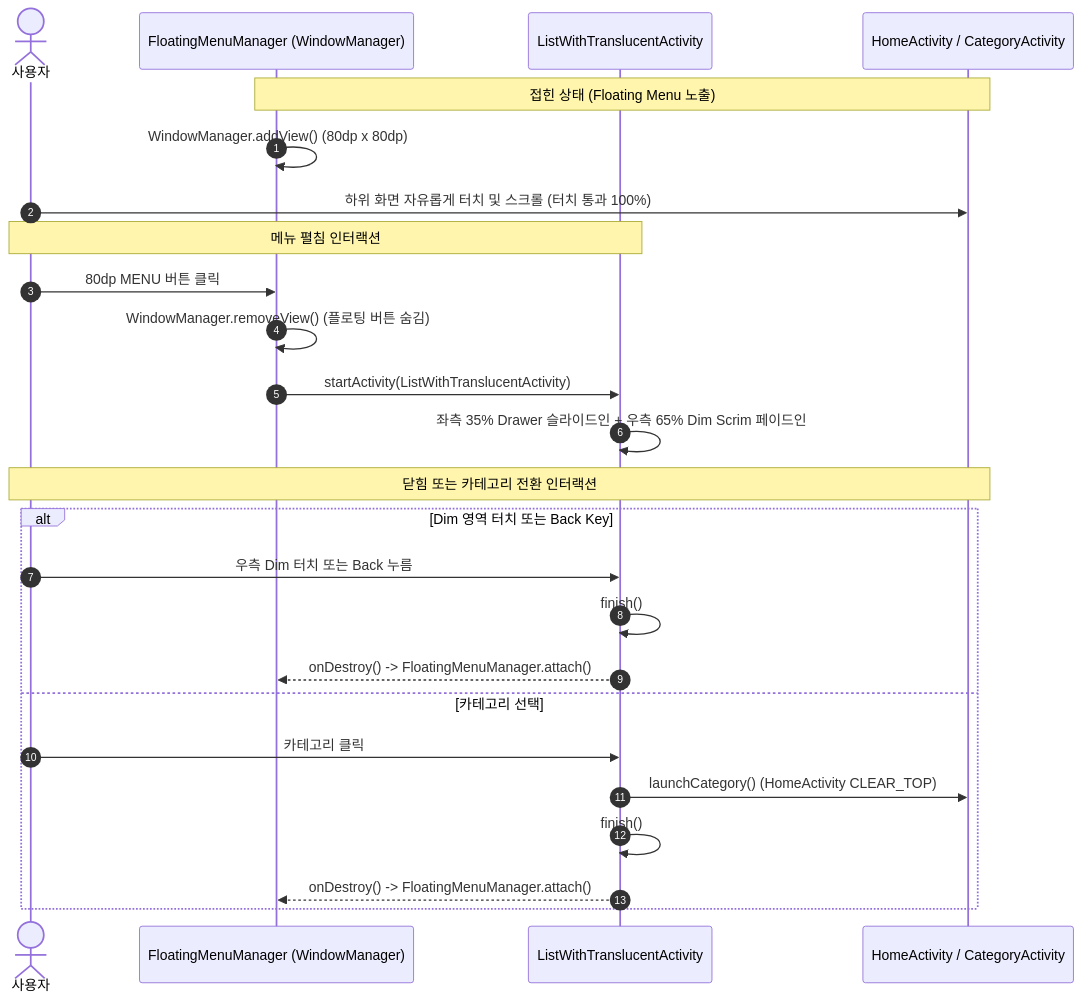
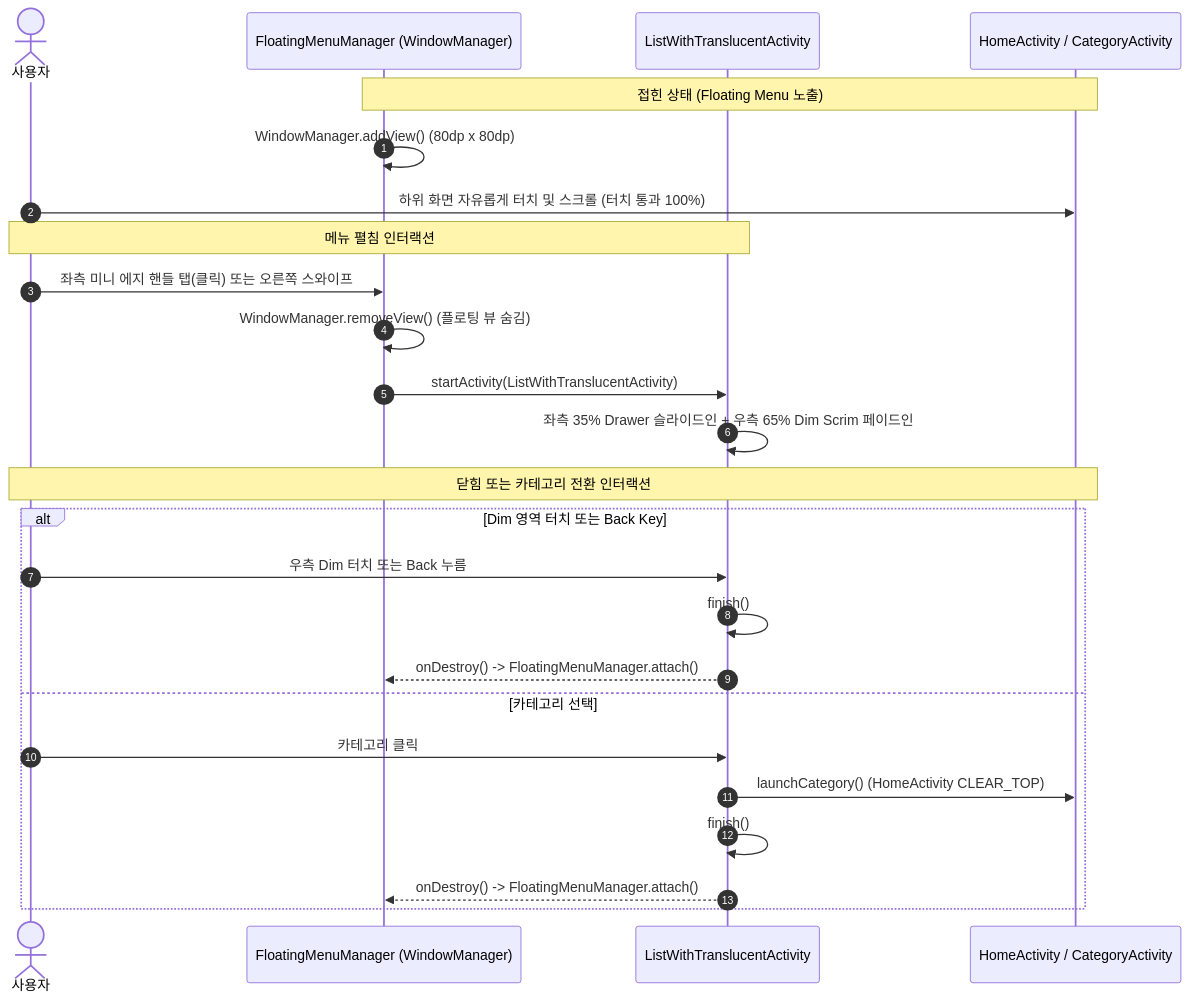
One commit to EaseTheWorld/activity-embedding-test changed the second of 3 diagrams in docs/unified_list_root_and_floating_overlay_architecture.md. Above: the diagram before and after it, drawn with Mermaid. The commit also changed other lines of this file and 4 other files, not shown here.

````diff
--- a/docs/unified_list_root_and_floating_overlay_architecture.md
+++ b/docs/unified_list_root_and_floating_overlay_architecture.md
@@ -59,30 +59,30 @@
 ```mermaid
 sequenceDiagram
     autonumber
     actor User as 사용자
     participant FMM as FloatingMenuManager (WindowManager)
     participant LTA as ListWithTranslucentActivity
     participant HA as HomeActivity / CategoryActivity
 
     Note over FMM,HA: 접힌 상태 (Floating Menu 노출)
     FMM->>FMM: WindowManager.addView() (80dp x 80dp)
     User->>HA: 하위 화면 자유롭게 터치 및 스크롤 (터치 통과 100%)
     
     Note over User,LTA: 메뉴 펼침 인터랙션
-    User->>FMM: 80dp MENU 버튼 클릭
-    FMM->>FMM: WindowManager.removeView() (플로팅 버튼 숨김)
+    User->>FMM: 좌측 미니 에지 핸들 탭(클릭) 또는 오른쪽 스와이프
+    FMM->>FMM: WindowManager.removeView() (플로팅 뷰 숨김)
     FMM->>LTA: startActivity(ListWithTranslucentActivity)
     LTA->>LTA: 좌측 35% Drawer 슬라이드인 + 우측 65% Dim Scrim 페이드인
     
     Note over User,HA: 닫힘 또는 카테고리 전환 인터랙션
     alt Dim 영역 터치 또는 Back Key
         User->>LTA: 우측 Dim 터치 또는 Back 누름
         LTA->>LTA: finish()
         LTA-->>FMM: onDestroy() -> FloatingMenuManager.attach()
     else 카테고리 선택
         User->>LTA: 카테고리 클릭
         LTA->>HA: launchCategory() (HomeActivity CLEAR_TOP)
         LTA->>LTA: finish()
         LTA-->>FMM: onDestroy() -> FloatingMenuManager.attach()
     end
 ```
````
